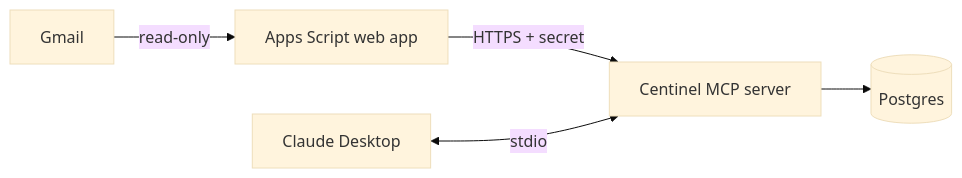
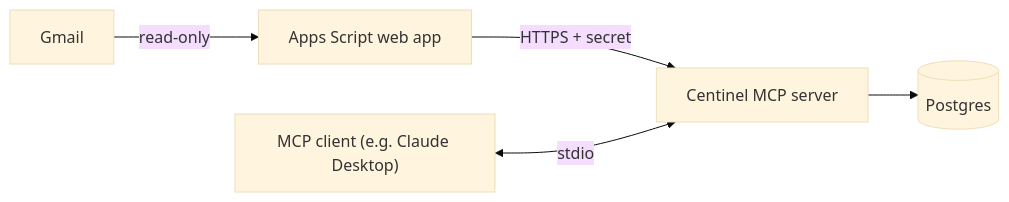
Before and after one commit to Alex-Huaracha/centinel: the diagram in README.md, drawn with Mermaid (base theme). The commit also changed other lines of this file, not shown here.

First line of the commit message:
docs: present Centinel as working with any local MCP client

````diff
--- a/README.md
+++ b/README.md
@@ -26,7 +26,7 @@
 ```mermaid
 flowchart LR
     Gmail -->|read-only| AS[Apps Script web app]
     AS -->|HTTPS + secret| C[Centinel MCP server]
-    Claude[Claude Desktop] <-->|stdio| C
+    Client["MCP client (e.g. Claude Desktop)"] <-->|stdio| C
     C --> DB[(Postgres)]
 ```
````
